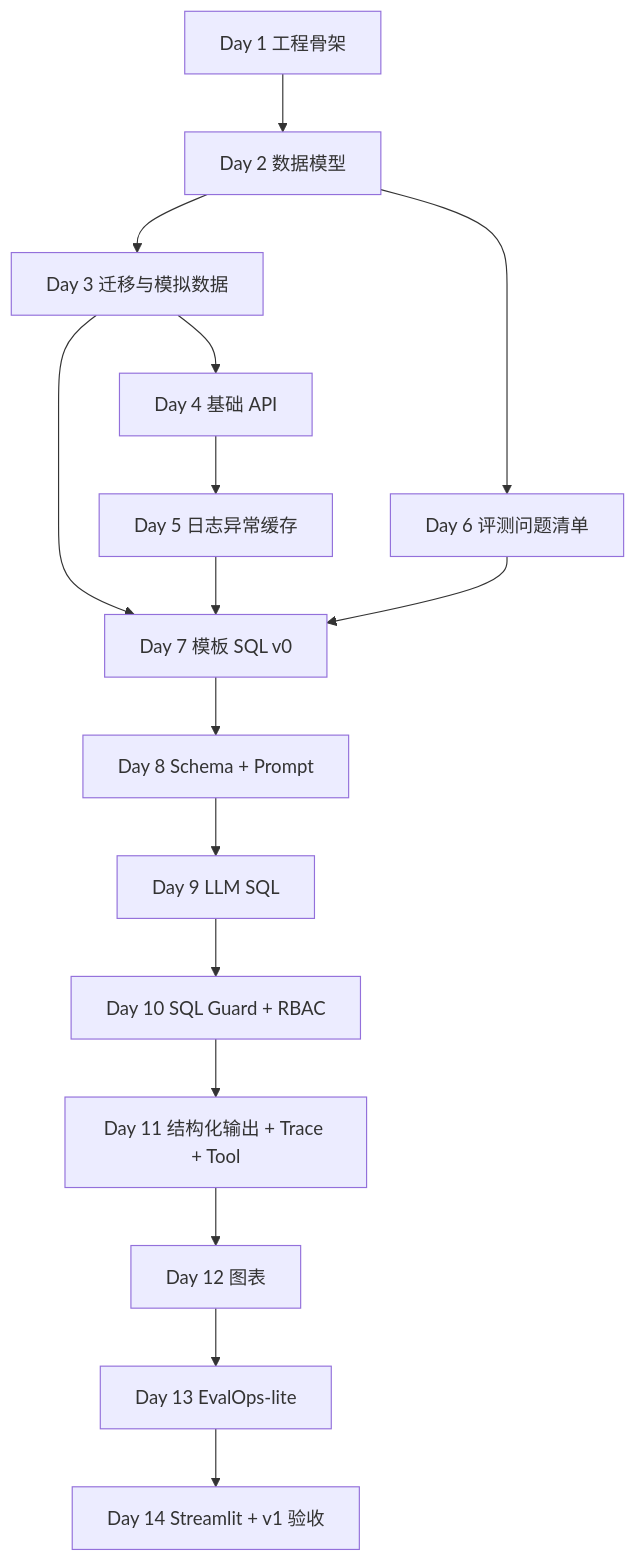
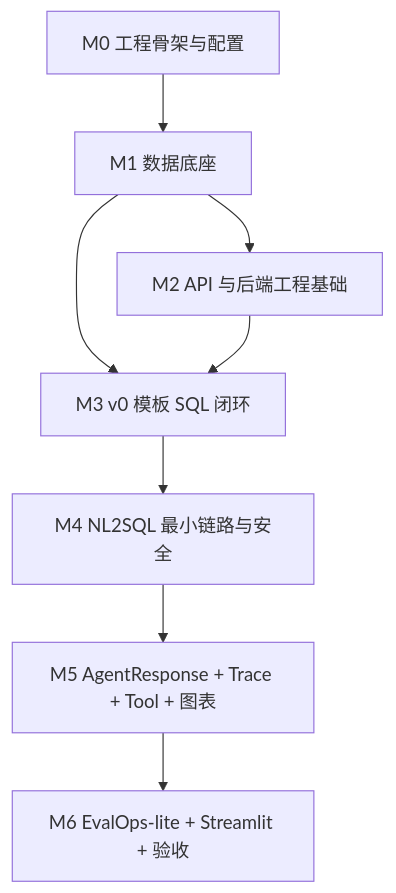
The diagram in phase2-plan.md (Stephen2366/data-pilot), drawn with Mermaid before and after one commit. The commit also changed other lines of this file and 14 other files, not shown here.

````diff
--- a/phase2-plan.md
+++ b/phase2-plan.md
@@ -391,18 +404,10 @@
 ```mermaid
 flowchart TD
-  D1["Day 1 工程骨架"] --> D2["Day 2 数据模型"]
-  D2 --> D3["Day 3 迁移与模拟数据"]
-  D3 --> D4["Day 4 基础 API"]
-  D4 --> D5["Day 5 日志异常缓存"]
-  D2 --> D6["Day 6 评测问题清单"]
-  D3 --> D7["Day 7 模板 SQL v0"]
-  D5 --> D7
-  D6 --> D7
-  D7 --> D8["Day 8 Schema + Prompt"]
-  D8 --> D9["Day 9 LLM SQL"]
-  D9 --> D10["Day 10 SQL Guard + RBAC"]
-  D10 --> D11["Day 11 结构化输出 + Trace + Tool"]
-  D11 --> D12["Day 12 图表"]
-  D12 --> D13["Day 13 EvalOps-lite"]
-  D13 --> D14["Day 14 Streamlit + v1 验收"]
+  M0["M0 工程骨架与配置"] --> M1["M1 数据底座"]
+  M1 --> M2["M2 API 与后端工程基础"]
+  M1 --> M3["M3 v0 模板 SQL 闭环"]
+  M2 --> M3
+  M3 --> M4["M4 NL2SQL 最小链路与安全"]
+  M4 --> M5["M5 AgentResponse + Trace + Tool + 图表"]
+  M5 --> M6["M6 EvalOps-lite + Streamlit + 验收"]
 ```
````
